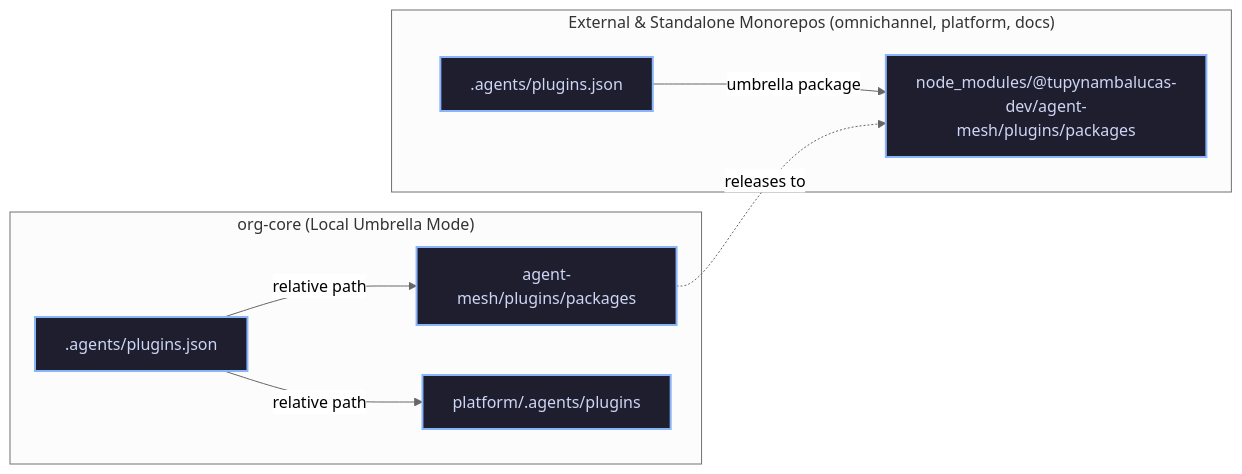
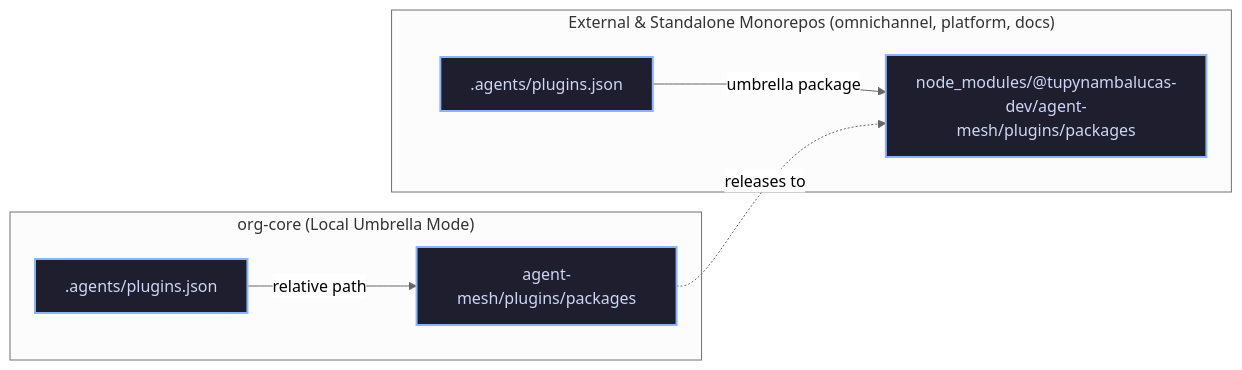
The second of 2 diagrams in README.md (tupynambalucas-dev/org), drawn with Mermaid (neutral theme) before and after one commit. The commit also changed other lines of this file and 2 other files, not shown here.

Commit message:
fix(agents): remove redundant platform plugin path from root plugins.json (#34)

````diff
--- a/README.md
+++ b/README.md
@@ -59,15 +59,14 @@
 ```mermaid
 flowchart LR
   subgraph LocalMetaRepo["org-core (Local Umbrella Mode)"]
     OCP[".agents/plugins.json"] -->|relative path| AMP["agent-mesh/plugins/packages"]
-    OCP -->|relative path| PLP["platform/.agents/plugins"]
   end
 
   subgraph ExternalConsumers["External & Standalone Monorepos (omnichannel, platform, docs)"]
     EPJ[".agents/plugins.json"] -->|umbrella package| NMA["node_modules/@tupynambalucas-dev/agent-mesh/plugins/packages"]
   end
 
   AMP -.->|releases to| NMA
   classDef box fill:#1e1e2e,stroke:#89b4fa,stroke-width:2px,color:#cdd6f4;
-  class OCP,AMP,PLP,EPJ,NMA box;
+  class OCP,AMP,EPJ,NMA box;
 ```
````
